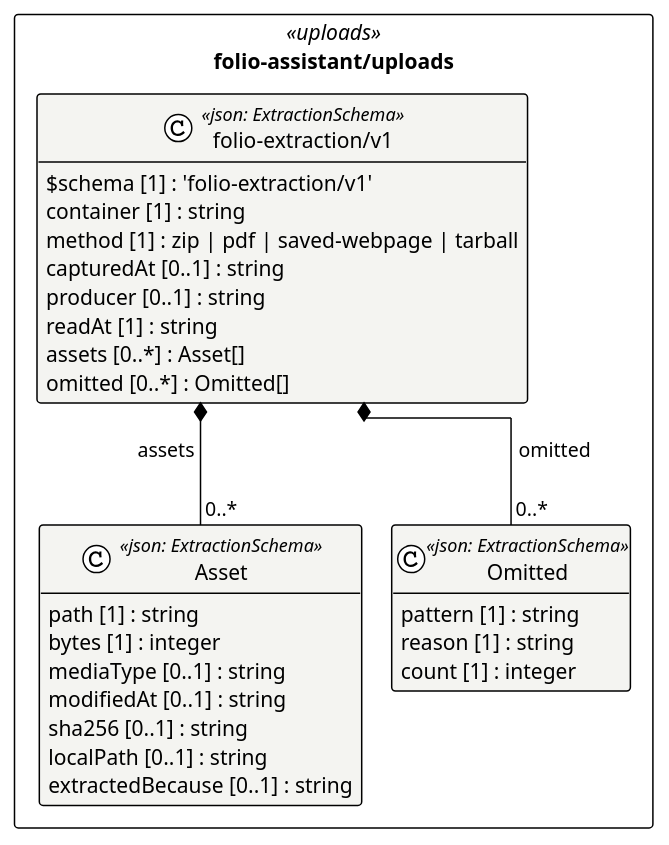
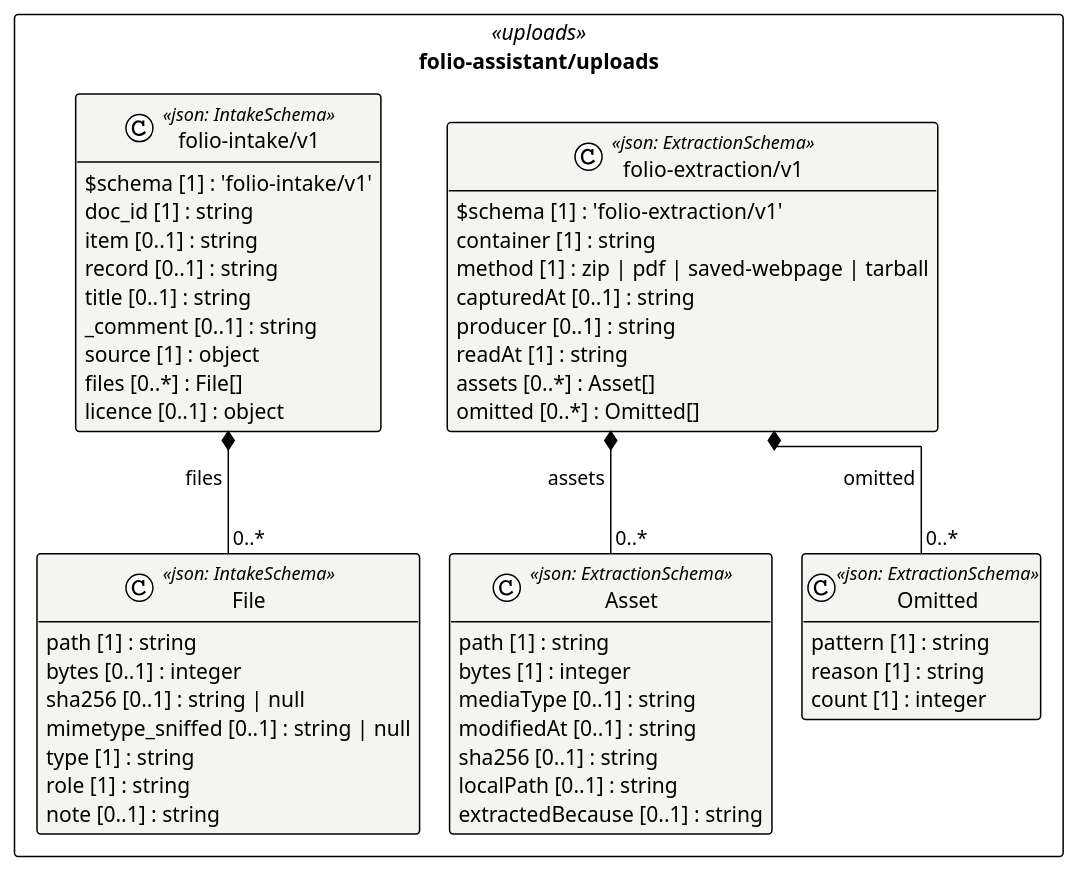
The diagram in cat-harness/uml/overview/folio-assistant/uploads.puml (litlfred/folio-assistant), drawn with PlantUML before and after one commit. The commit also changed 53 other files, not shown here.

```diff
--- a/cat-harness/uml/overview/folio-assistant/uploads.puml
+++ b/cat-harness/uml/overview/folio-assistant/uploads.puml
@@ -3,38 +3,59 @@
 @startuml folio_assistant_uploads
 !pragma layout elk
 !theme plain
 skinparam classAttributeIconSize 0
 skinparam shadowing false
 skinparam packageStyle rectangle
 hide empty methods
 
 package "folio-assistant/uploads" as pkg_folio_assistant_uploads <<uploads>> {
   class "Asset" as folio_assistant_uploads_folio_extraction_v1_Asset <<json: ExtractionSchema>> #f4f4f1 {
     path [1] : string
     bytes [1] : integer
     mediaType [0..1] : string
     modifiedAt [0..1] : string
     sha256 [0..1] : string
     localPath [0..1] : string
     extractedBecause [0..1] : string
   }
   class "Omitted" as folio_assistant_uploads_folio_extraction_v1_Omitted <<json: ExtractionSchema>> #f4f4f1 {
     pattern [1] : string
     reason [1] : string
     count [1] : integer
   }
   class "folio-extraction/v1" as folio_assistant_uploads_folio_extraction_v1_folio_extraction_v1 <<json: ExtractionSchema>> #f4f4f1 {
     $schema [1] : 'folio-extraction/v1'
     container [1] : string
     method [1] : zip | pdf | saved-webpage | tarball
     capturedAt [0..1] : string
     producer [0..1] : string
     readAt [1] : string
     assets [0..*] : Asset[]
     omitted [0..*] : Omitted[]
   }
+  class "File" as folio_assistant_uploads_folio_intake_v1_File <<json: IntakeSchema>> #f4f4f1 {
+    path [1] : string
+    bytes [0..1] : integer
+    sha256 [0..1] : string | null
+    mimetype_sniffed [0..1] : string | null
+    type [1] : string
+    role [1] : string
+    note [0..1] : string
+  }
+  class "folio-intake/v1" as folio_assistant_uploads_folio_intake_v1_folio_intake_v1 <<json: IntakeSchema>> #f4f4f1 {
+    $schema [1] : 'folio-intake/v1'
+    doc_id [1] : string
+    item [0..1] : string
+    record [0..1] : string
+    title [0..1] : string
+    _comment [0..1] : string
+    source [1] : object
+    files [0..*] : File[]
+    licence [0..1] : object
+  }
 }
 
 folio_assistant_uploads_folio_extraction_v1_folio_extraction_v1 *-- "0..*" folio_assistant_uploads_folio_extraction_v1_Asset : assets
 folio_assistant_uploads_folio_extraction_v1_folio_extraction_v1 *-- "0..*" folio_assistant_uploads_folio_extraction_v1_Omitted : omitted
+folio_assistant_uploads_folio_intake_v1_folio_intake_v1 *-- "0..*" folio_assistant_uploads_folio_intake_v1_File : files
 @enduml
```
